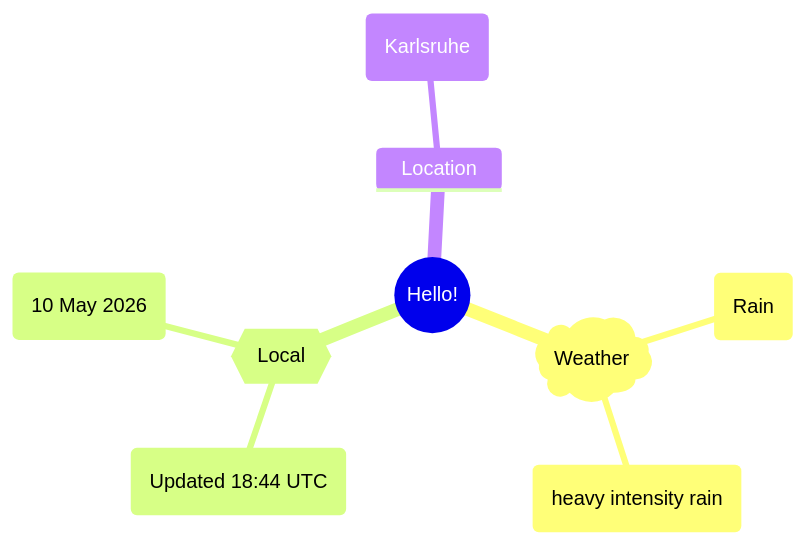
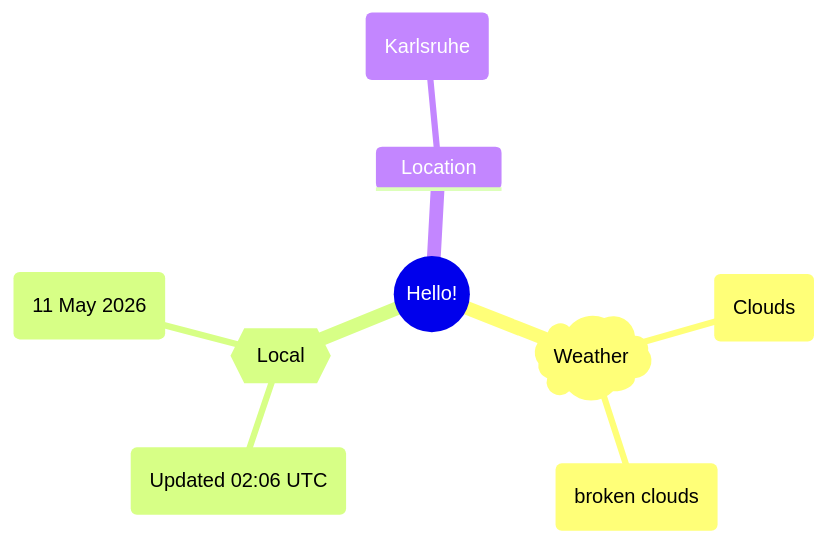
Before and after one commit to Xosrov/Xosrov: the first of 2 diagrams in README.md, drawn with Mermaid.

Commit message:
[bot] updated images

````diff
--- a/README.md
+++ b/README.md
@@ -3,12 +3,12 @@
 ```mermaid
 mindmap
   root((Hello!))
     )Weather(
-        (Rain)
-        (heavy intensity rain)
+        (Clouds)
+        (broken clouds)
     {{Local}}
-        (Updated 18:44 UTC)
-        (10 May 2026)
+        (Updated 02:06 UTC)
+        (11 May 2026)
     Location
         (Karlsruhe)
 ```
````
